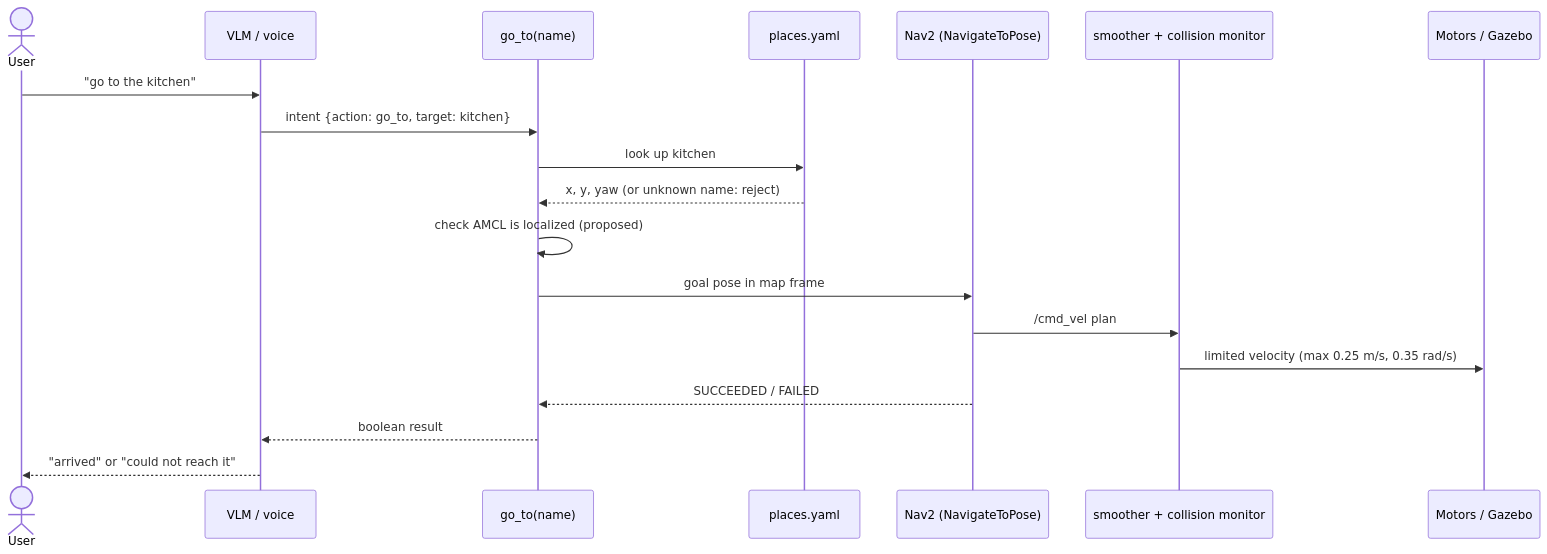
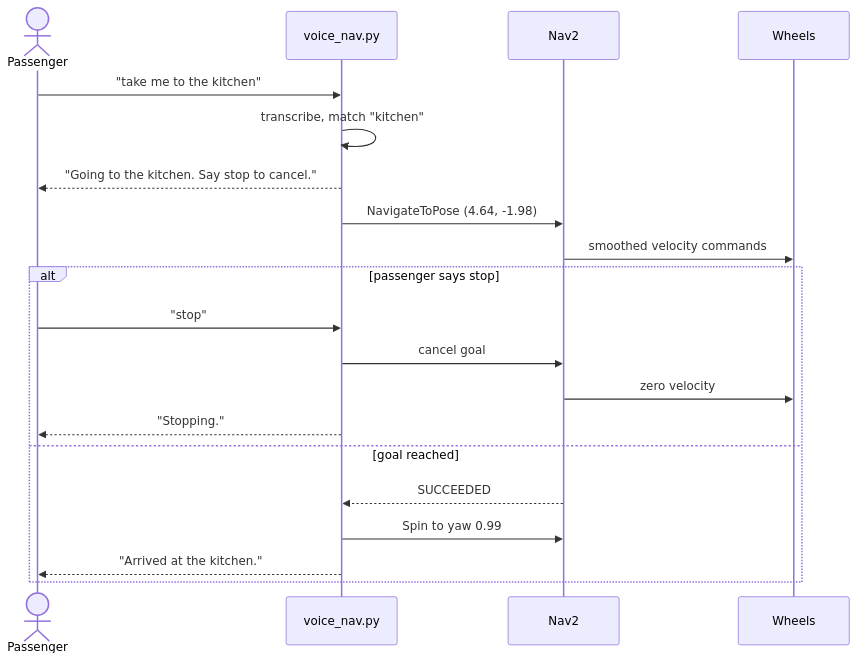
The fifth of 8 diagrams in docs/architecture.md (Aryan1092raj/Design-Practium), drawn with Mermaid before and after one commit. The commit also changed other lines of this file and 4 other files, not shown here.

Commit message:
Add voice navigation feature and update architecture documentation

````diff
--- a/docs/architecture.md
+++ b/docs/architecture.md
@@ -96,22 +156,23 @@
 ```mermaid
 sequenceDiagram
-    actor U as User
-    participant V as VLM / voice
-    participant G as go_to(name)
-    participant P as places.yaml
-    participant N as Nav2 (NavigateToPose)
-    participant S as smoother + collision monitor
-    participant M as Motors / Gazebo
+    actor U as Passenger
+    participant V as voice_nav.py
+    participant N as Nav2
+    participant M as Wheels
 
-    U->>V: "go to the kitchen"
-    V->>G: intent {action: go_to, target: kitchen}
-    G->>P: look up kitchen
-    P-->>G: x, y, yaw (or unknown name: reject)
-    G->>G: check AMCL is localized (proposed)
-    G->>N: goal pose in map frame
-    N->>S: /cmd_vel plan
-    S->>M: limited velocity (max 0.25 m/s, 0.35 rad/s)
-    N-->>G: SUCCEEDED / FAILED
-    G-->>V: boolean result
-    V-->>U: "arrived" or "could not reach it"
+    U->>V: "take me to the kitchen"
+    V->>V: transcribe, match "kitchen"
+    V-->>U: "Going to the kitchen. Say stop to cancel."
+    V->>N: NavigateToPose (4.64, -1.98)
+    N->>M: smoothed velocity commands
+    alt passenger says stop
+        U->>V: "stop"
+        V->>N: cancel goal
+        N->>M: zero velocity
+        V-->>U: "Stopping."
+    else goal reached
+        N-->>V: SUCCEEDED
+        V->>N: Spin to yaw 0.99
+        V-->>U: "Arrived at the kitchen."
+    end
 ```
````
